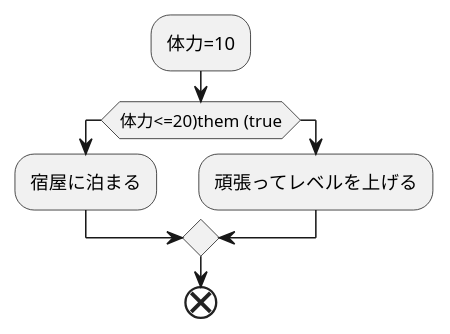
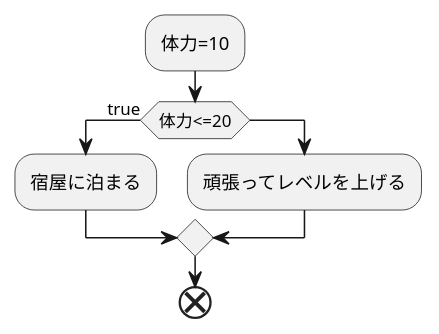
Before and after one commit to Aso2001218/2021sys-design: the diagram in 第四回レポート.md, drawn with PlantUML.

````diff
--- a/第四回レポート.md
+++ b/第四回レポート.md
@@ -1,12 +1,12 @@
 ```uml
 @startuml
 :体力=10;
-if(体力<=20)them (true)
+if(体力<=20) then (true)
 :宿屋に泊まる;
 else
 :頑張ってレベルを上げる;
 endif
 
 end
 @enduml
 ```
````
